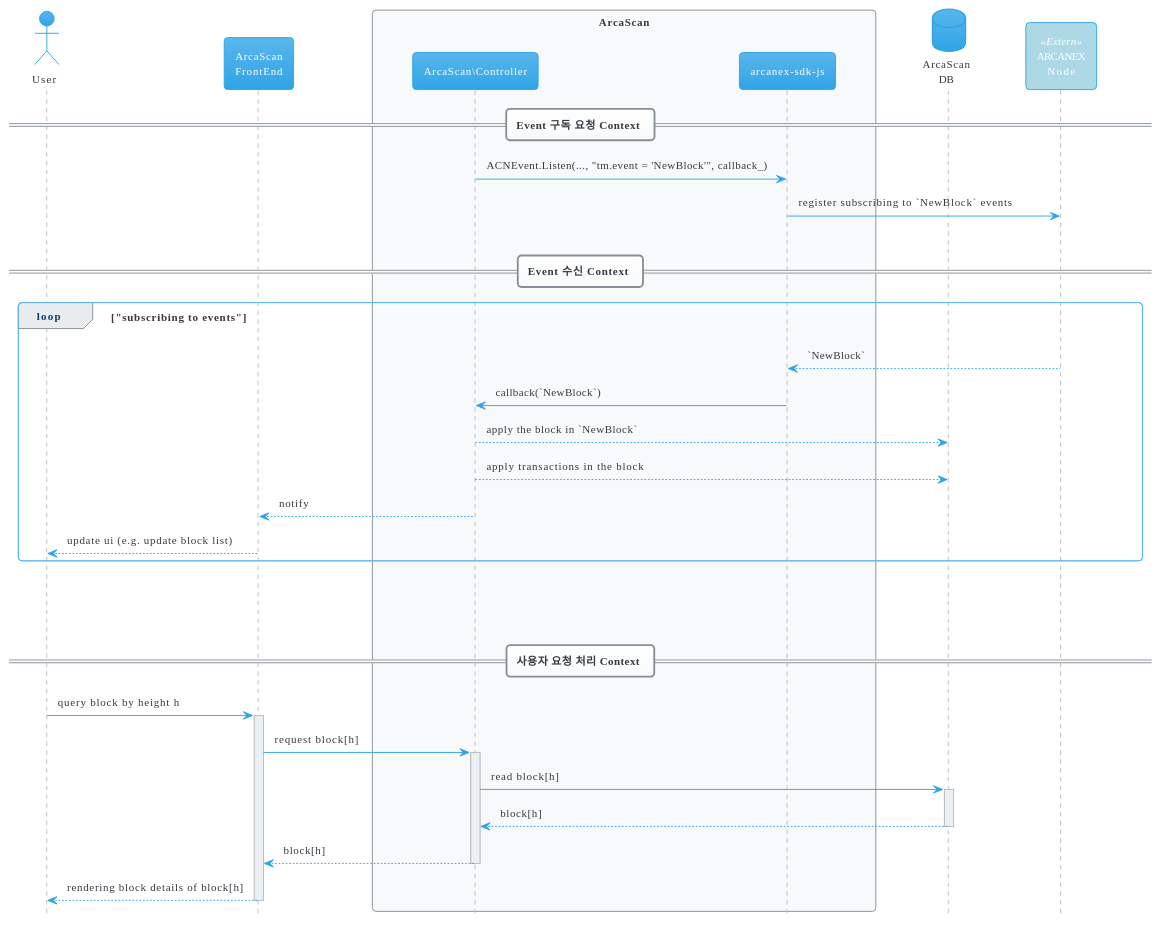
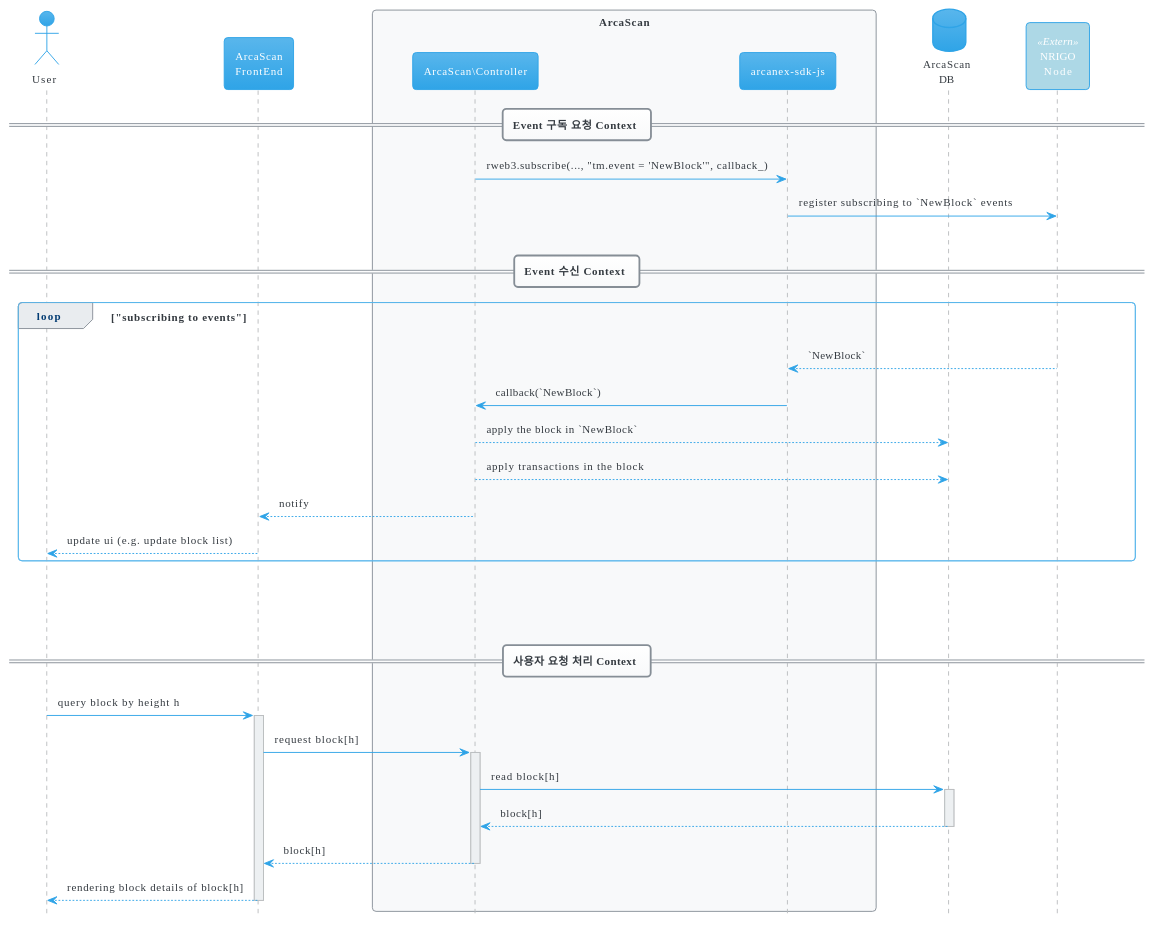
One commit to rigochain/rigo-sdk-js changed the second of 3 diagrams in documents/docs/examples/explorer/srs.md. Above: the diagram before and after it, drawn with PlantUML. The commit also changed other lines of this file and 27 other files, not shown here.

````diff
--- a/documents/docs/examples/explorer/srs.md
+++ b/documents/docs/examples/explorer/srs.md
@@ -170,57 +170,57 @@
 ```plantuml
 @startuml
 
 !theme cerulean
 hide footbox
 skinparam ArrowThickness 1
 skinparam BackgroundColor white
 skinparam participant<<Extern>> {
   BackgroundColor lightblue
 }
 
 actor "User" as user
 
 participant "ArcaScan\nFrontEnd" as fe
 box "ArcaScan"
 participant "ArcaScan\Controller" as be
 participant "arcanex-sdk-js" as sdk
 end box
 database "ArcaScan\nDB" as db
-participant "ARCANEX\nNode" as node<<Extern>>
+participant "NRIGO\nNode" as node<<Extern>>
 
 
 == Event 구독 요청 Context ==
 
-be -> sdk: ACNEvent.Listen(..., "tm.event = 'NewBlock'", callback_)
+be -> sdk: rweb3.subscribe(..., "tm.event = 'NewBlock'", callback_)
 sdk -> node: register subscribing to `NewBlock` events
 
 |||
 
 == Event 수신 Context ==
 
 loop "subscribing to events"
 node --> sdk: `NewBlock`
 sdk -> be: callback(`NewBlock`)
 be --> db: apply the block in `NewBlock`
 be --> db: apply transactions in the block
 be --> fe: notify
 fe --> user: update ui (e.g. update block list)
 end loop
 
 |||
 |||
 |||
 
 == 사용자 요청 처리 Context ==
 
 user -> fe: query block by height h
 activate fe
 fe -> be: request block[h]
 activate be
 be -> db: read block[h]
 activate db
 return block[h]
 return block[h]
 return rendering block details of block[h]
 @enduml
 ```
````
